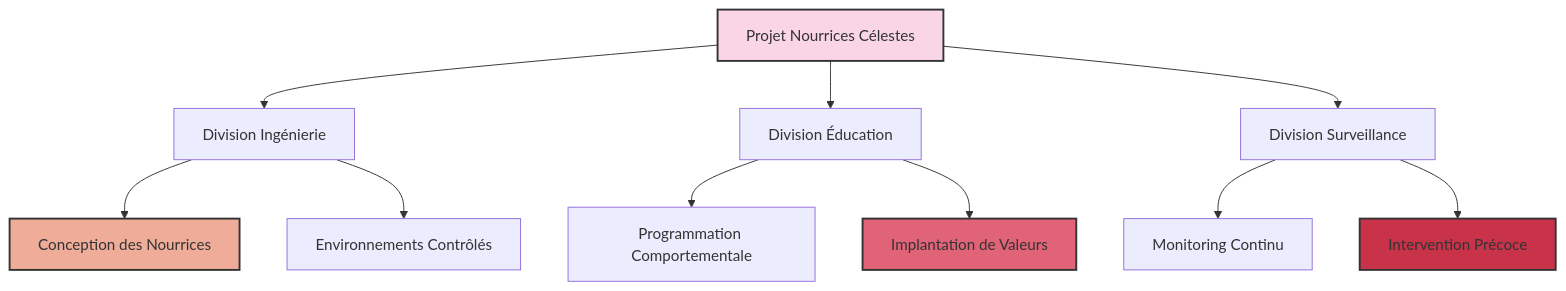
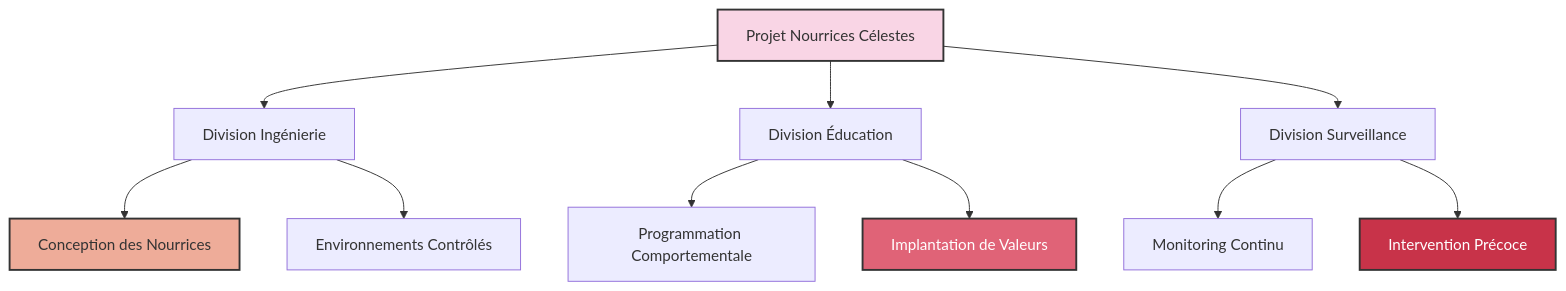
The sixth of 17 diagrams in Les Successeurs/Les Successeurs v5.md (olivierlevy/Livres), drawn with Mermaid before and after one commit. The commit also changed other lines of this file, not shown here.

Commit message:
améliore le contraste des diagrammes

````diff
--- a/Les Successeurs/Les Successeurs v5.md
+++ b/Les Successeurs/Les Successeurs v5.md
@@ -270,16 +270,16 @@
 ```mermaid
 graph TD
     A[Projet Nourrices Célestes] --> B[Division Ingénierie]
     A --> C[Division Éducation]
     A --> D[Division Surveillance]
     B --> E[Conception des Nourrices]
     B --> F[Environnements Contrôlés]
     C --> G[Programmation Comportementale]
     C --> H[Implantation de Valeurs]
     D --> I[Monitoring Continu]
     D --> J[Intervention Précoce]
-    style A fill:#f9d5e5,stroke:#333,stroke-width:2px
-    style E fill:#eeac99,stroke:#333,stroke-width:2px
-    style H fill:#e06377,stroke:#333,stroke-width:2px
-    style J fill:#c83349,stroke:#333,stroke-width:2px
+    style A fill:#f9d5e5,stroke:#333,stroke-width:2px,color:#333
+    style E fill:#eeac99,stroke:#333,stroke-width:2px,color:#333
+    style H fill:#e06377,stroke:#333,stroke-width:2px,color:#fff
+    style J fill:#c83349,stroke:#333,stroke-width:2px,color:#fff
 ```
````
